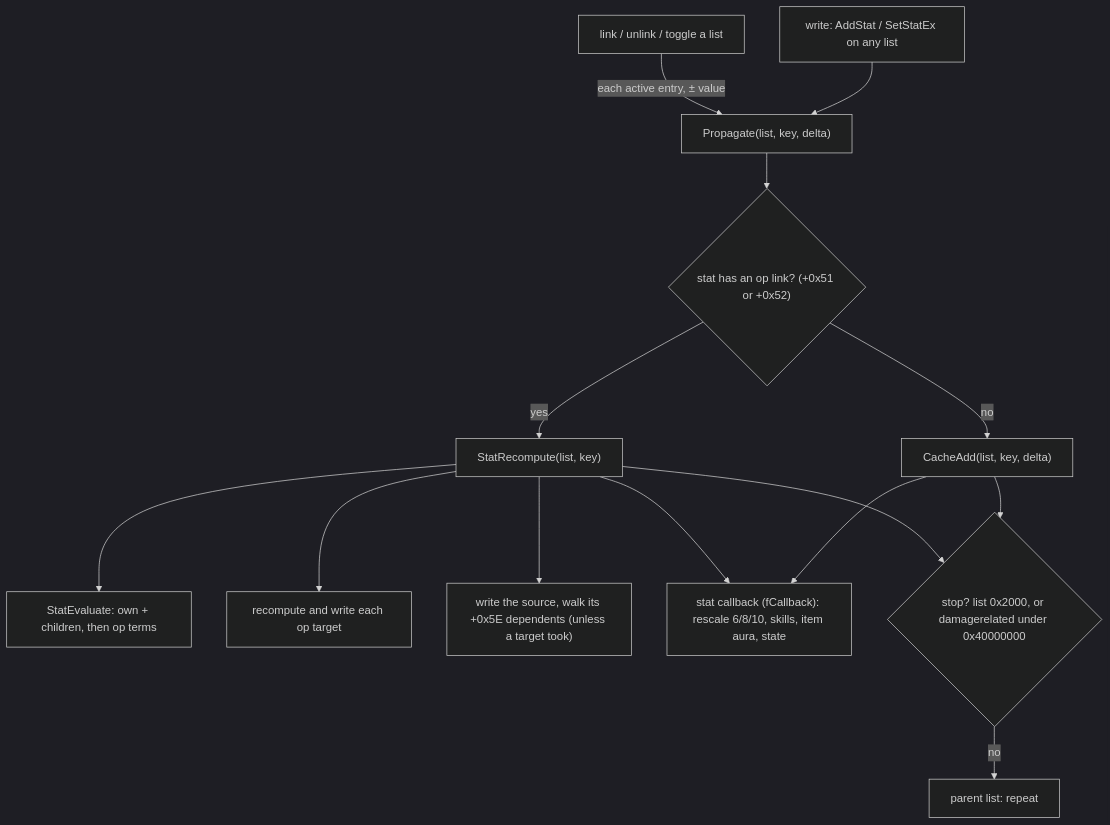
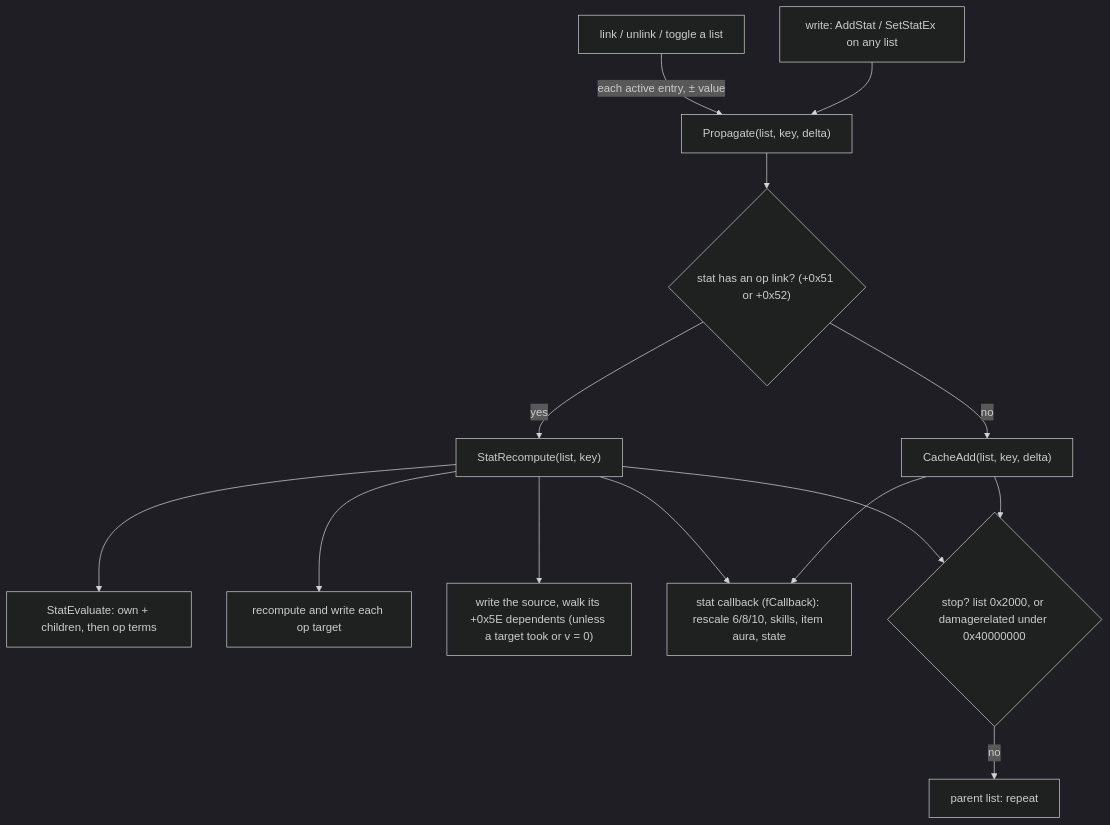
The first of 3 diagrams in docs/specs/stats/aggregate.md (IgorKonovalov/diablo-2-recompilation), drawn with Mermaid (dark theme) before and after one commit. The commit also changed other lines of this file and 27 other files, not shown here.

````diff
--- a/docs/specs/stats/aggregate.md
+++ b/docs/specs/stats/aggregate.md
@@ -23,16 +23,16 @@
 ```mermaid
 flowchart TD
   w["write: AddStat / SetStatEx on any list"] --> pr["Propagate(list, key, delta)"]
   l["link / unlink / toggle a list"] -->|"each active entry, ± value"| pr
   pr --> q{"stat has an op link? (+0x51 or +0x52)"}
   q -->|no| ca["CacheAdd(list, key, delta)"]
   q -->|yes| rc["StatRecompute(list, key)"]
   rc --> ev["StatEvaluate: own + children, then op terms"]
   rc --> tg["recompute and write each op target"]
-  rc --> dp["write the source, walk its +0x5E dependents (unless a target took)"]
+  rc --> dp["write the source, walk its +0x5E dependents (unless a target took or v = 0)"]
   ca --> cb["stat callback (fCallback): rescale 6/8/10, skills, item aura, state"]
   rc --> cb
   ca --> up{"stop? list 0x2000, or damagerelated under 0x40000000"}
   rc --> up
   up -->|no| pr2["parent list: repeat"]
 ```
````
